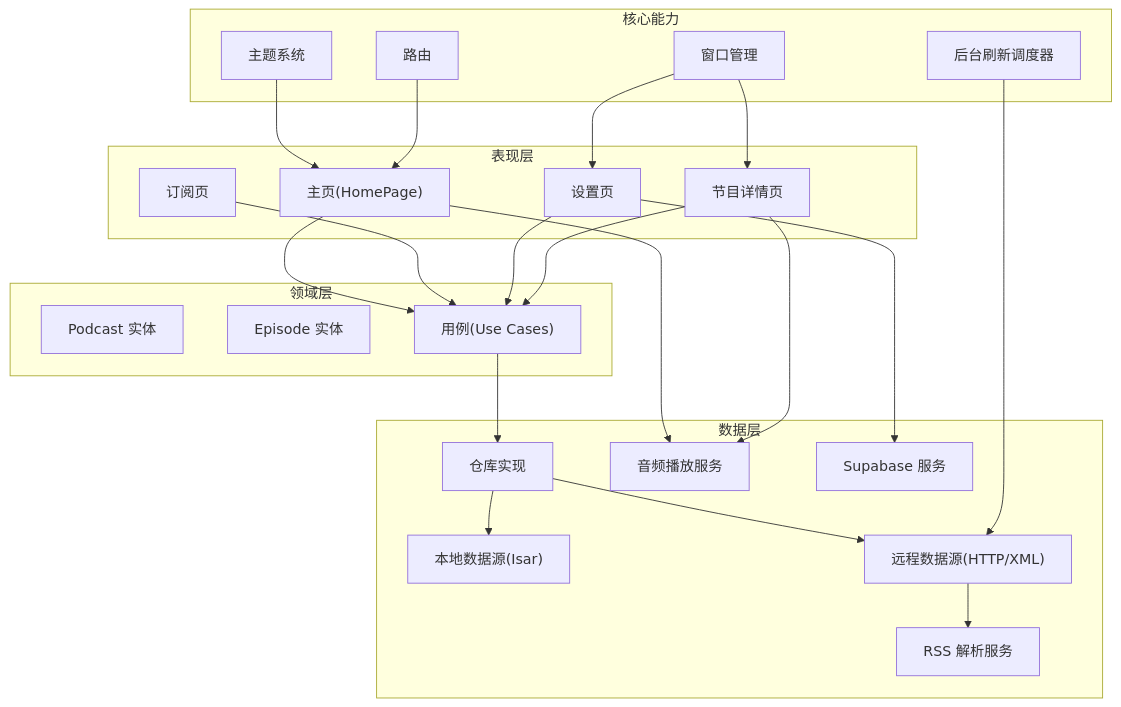
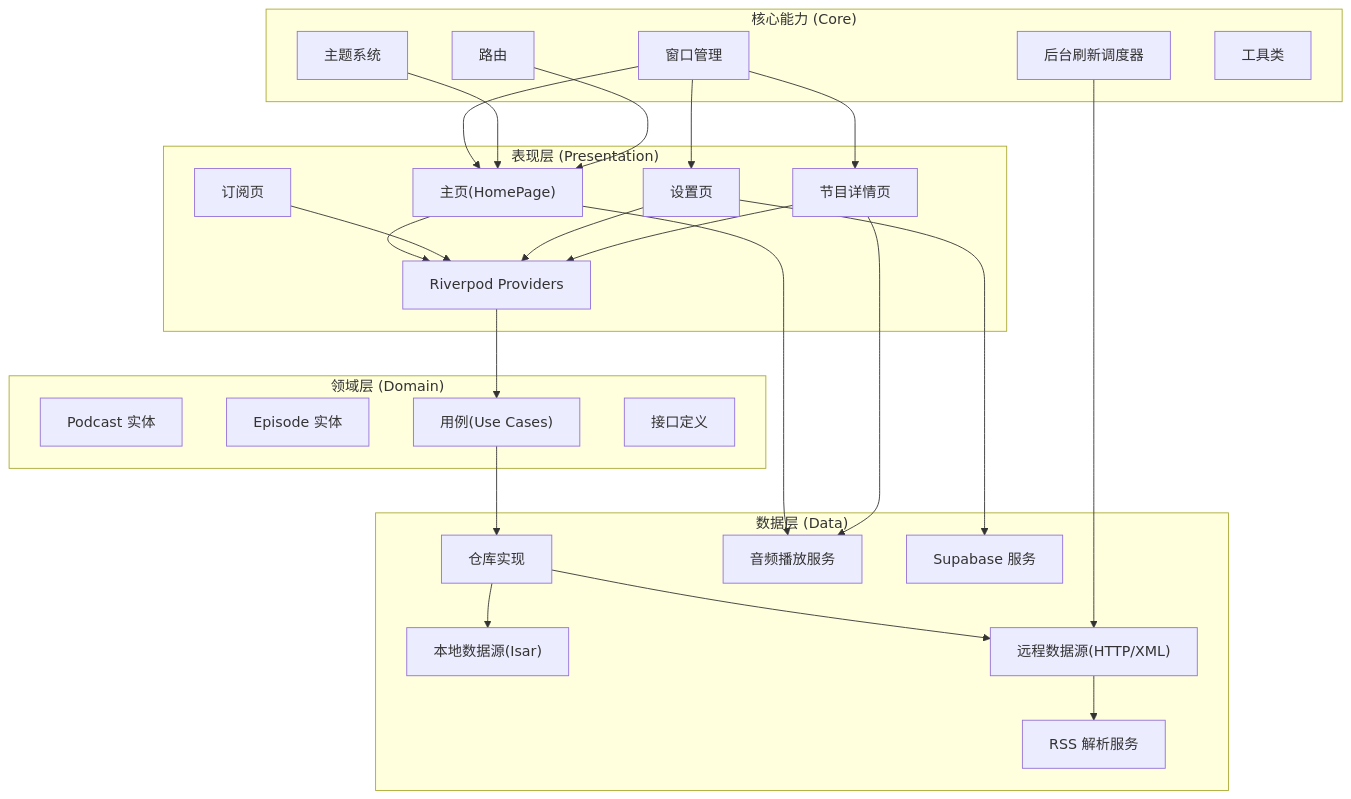
One commit to ZTfer/Tinycast changed the first of 9 diagrams in .qoder/repowiki/zh/content/项目概览/项目介绍.md. Above: the diagram before and after it, drawn with Mermaid. The commit also changed other lines of this file and 224 other files, not shown here.

````diff
--- a/.qoder/repowiki/zh/content/项目概览/项目介绍.md
+++ b/.qoder/repowiki/zh/content/项目概览/项目介绍.md
@@ -60,44 +134,49 @@
 ```mermaid
 graph TB
-subgraph "表现层"
+subgraph "表现层 (Presentation)"
 P_Home["主页(HomePage)"]
 P_Subscribe["订阅页"]
 P_Settings["设置页"]
 P_EpisodeDetail["节目详情页"]
+P_Providers["Riverpod Providers"]
 end
-subgraph "领域层"
+subgraph "领域层 (Domain)"
 D_Podcast["Podcast 实体"]
 D_Episode["Episode 实体"]
 D_Usecases["用例(Use Cases)"]
+D_Interfaces["接口定义"]
 end
-subgraph "数据层"
+subgraph "数据层 (Data)"
 DS_Local["本地数据源(Isar)"]
 DS_Remote["远程数据源(HTTP/XML)"]
 Repo["仓库实现"]
 S_RSS["RSS 解析服务"]
 S_Audio["音频播放服务"]
 S_Sync["Supabase 服务"]
 end
-subgraph "核心能力"
+subgraph "核心能力 (Core)"
 C_Theme["主题系统"]
 C_Router["路由"]
 C_Scheduler["后台刷新调度器"]
 C_Window["窗口管理"]
+C_Utils["工具类"]
 end
-P_Home --> D_Usecases
-P_Subscribe --> D_Usecases
-P_Settings --> D_Usecases
-P_EpisodeDetail --> D_Usecases
+P_Home --> P_Providers
+P_Subscribe --> P_Providers
+P_Settings --> P_Providers
+P_EpisodeDetail --> P_Providers
+P_Providers --> D_Usecases
 D_Usecases --> Repo
 Repo --> DS_Local
 Repo --> DS_Remote
 DS_Remote --> S_RSS
 P_Home --> S_Audio
 P_EpisodeDetail --> S_Audio
 P_Settings --> S_Sync
 C_Scheduler --> DS_Remote
+C_Window --> P_Home
 C_Window --> P_Settings
 C_Window --> P_EpisodeDetail
 C_Theme --> P_Home
 C_Router --> P_Home
 ```
````
